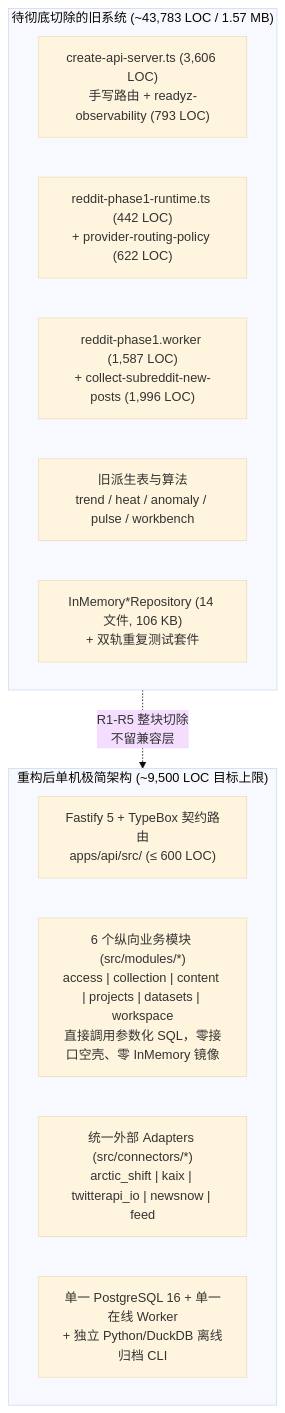
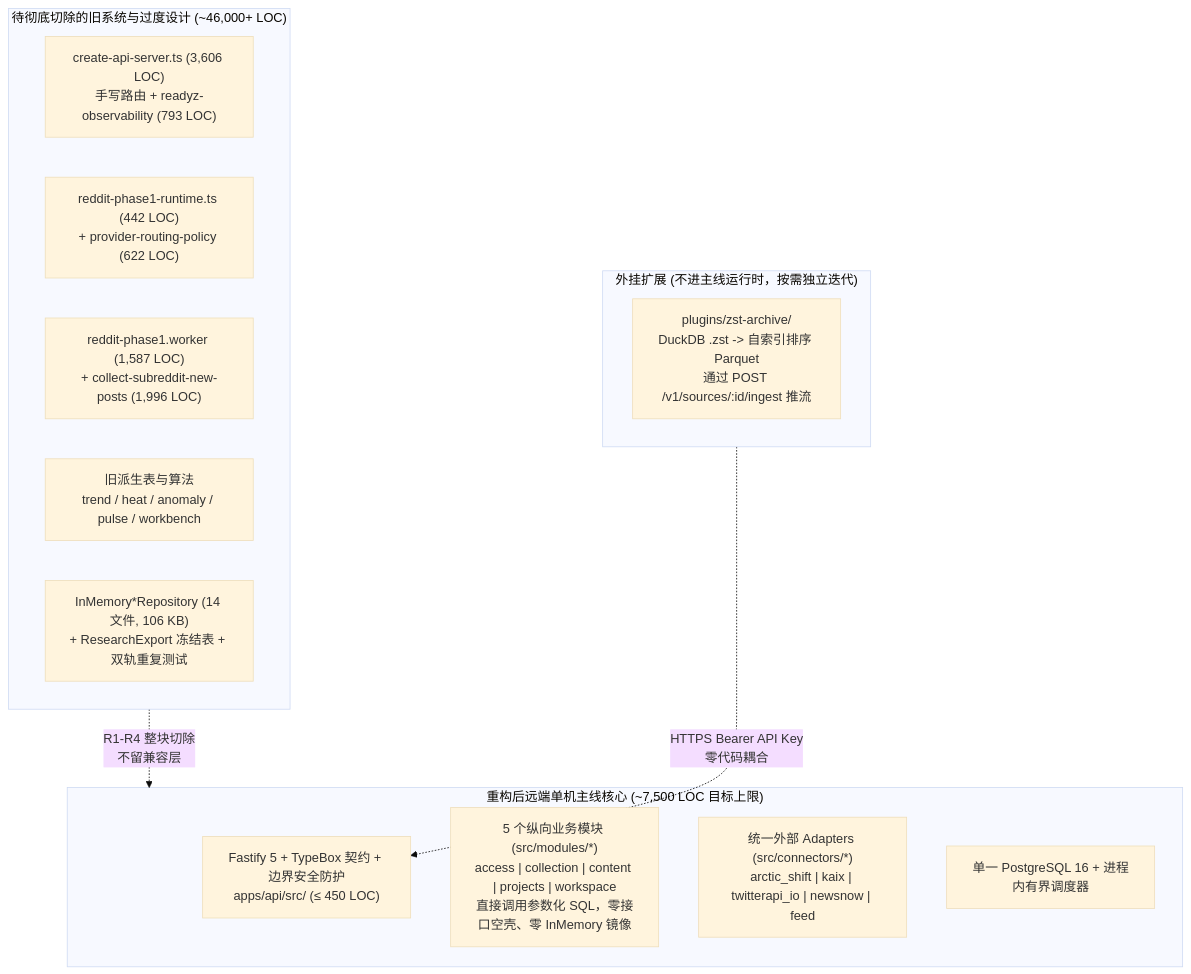
Before and after one commit to Euroish/reddit-monitoring-mvp: the first of 2 diagrams in docs/research/architecture_audit_and_rebuild_spec.md, drawn with Mermaid (base theme). The commit also changed other lines of this file and 2 other files, not shown here.

Commit message:
docs: update architecture audit and rebuild spec with core-plugin split

````diff
--- a/docs/research/architecture_audit_and_rebuild_spec.md
+++ b/docs/research/architecture_audit_and_rebuild_spec.md
@@ -22,19 +27,24 @@
 ```mermaid
 flowchart TD
-  subgraph Legacy["待彻底切除的旧系统 (~43,783 LOC / 1.57 MB)"]
+  subgraph Legacy["待彻底切除的旧系统与过度设计 (~46,000+ LOC)"]
     L1["create-api-server.ts (3,606 LOC)\n手写路由 + readyz-observability (793 LOC)"]
     L2["reddit-phase1-runtime.ts (442 LOC)\n+ provider-routing-policy (622 LOC)"]
     L3["reddit-phase1.worker (1,587 LOC)\n+ collect-subreddit-new-posts (1,996 LOC)"]
     L4["旧派生表与算法\ntrend / heat / anomaly / pulse / workbench"]
-    L5["InMemory*Repository (14 文件, 106 KB)\n+ 双轨重复测试套件"]
+    L5["InMemory*Repository (14 文件, 106 KB)\n+ ResearchExport 冻结表 + 双轨重复测试"]
   end
 
-  subgraph Target["重构后单机极简架构 (~9,500 LOC 目标上限)"]
-    T1["Fastify 5 + TypeBox 契约路由\napps/api/src/ (≤ 600 LOC)"]
-    T2["6 个纵向业务模块 (src/modules/*)\naccess | collection | content | projects | datasets | workspace\n直接調用参数化 SQL，零接口空壳、零 InMemory 镜像"]
+  subgraph Target["重构后远端单机主线核心 (~7,500 LOC 目标上限)"]
+    T1["Fastify 5 + TypeBox 契约 + 边界安全防护\napps/api/src/ (≤ 450 LOC)"]
+    T2["5 个纵向业务模块 (src/modules/*)\naccess | collection | content | projects | workspace\n直接调用参数化 SQL，零接口空壳、零 InMemory 镜像"]
     T3["统一外部 Adapters (src/connectors/*)\narctic_shift | kaix | twitterapi_io | newsnow | feed"]
-    T4["单一 PostgreSQL 16 + 单一在线 Worker\n+ 独立 Python/DuckDB 离线归档 CLI"]
+    T4["单一 PostgreSQL 16 + 进程内有界调度器"]
   end
 
-  Legacy -. "R1-R5 整块切除\n不留兼容层" .-> Target
+  subgraph Plugin["外挂扩展 (不进主线运行时，按需独立迭代)"]
+    P1["plugins/zst-archive/\nDuckDB .zst -> 自索引排序 Parquet\n通过 POST /v1/sources/:id/ingest 推流"]
+  end
+
+  Legacy -. "R1-R4 整块切除\n不留兼容层" .-> Target
+  Plugin -. "HTTPS Bearer API Key\n零代码耦合" .-> T1
 ```
````
